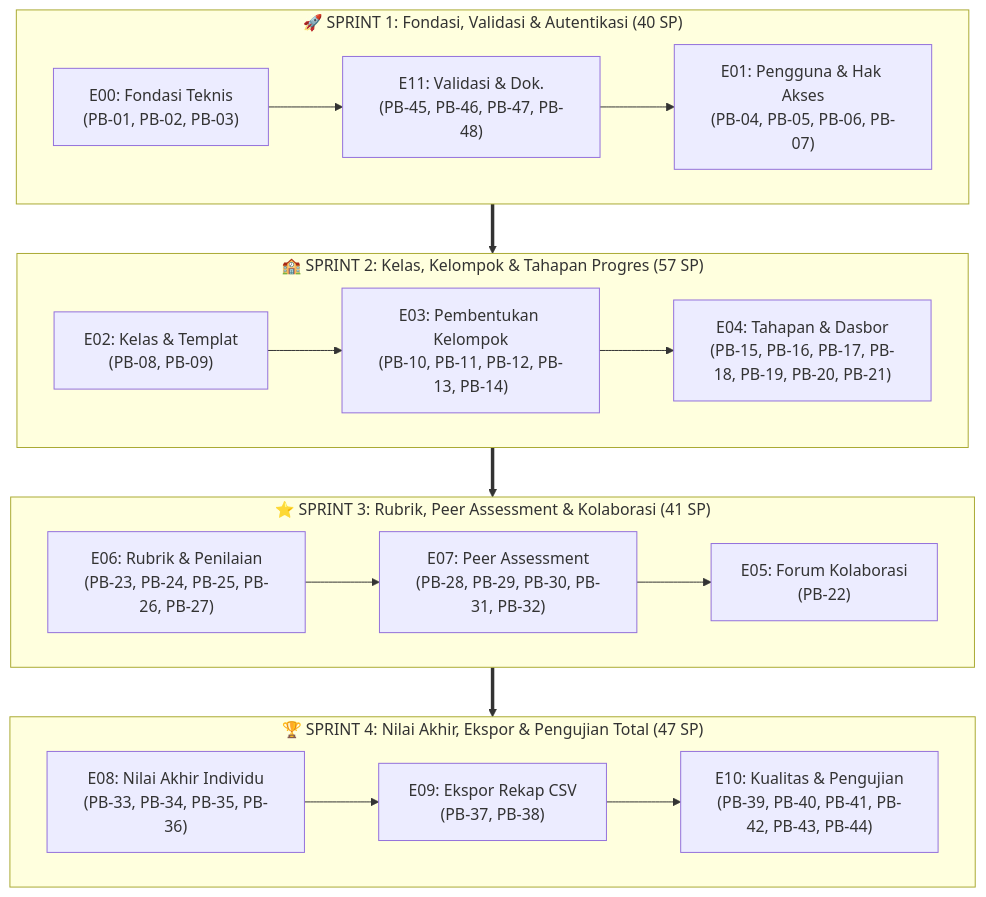
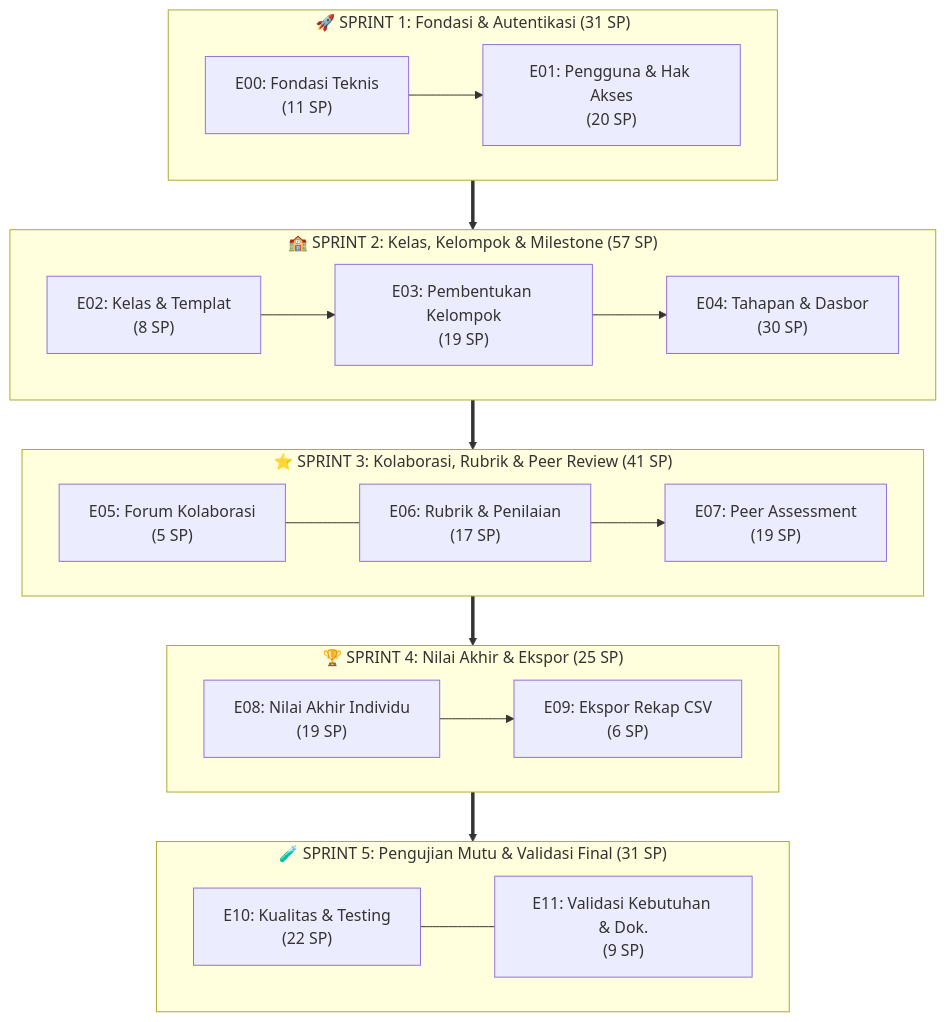
The diagram in docs/Sprint_Plan_LMS_PBL.md (cavryn/Project-Based-LMS), drawn with Mermaid before and after one commit. The commit also changed other lines of this file and 1 other file, not shown here.

Commit message:
docs(sprint): resctructure plan into 5 cohesive sprint (E00 - E11)

````diff
--- a/docs/Sprint_Plan_LMS_PBL.md
+++ b/docs/Sprint_Plan_LMS_PBL.md
@@ -39,36 +34,41 @@
 ```mermaid
 flowchart TD
-    subgraph S1["🚀 SPRINT 1: Fondasi, Validasi & Autentikasi (40 SP)"]
+    subgraph S1["🚀 SPRINT 1: Fondasi & Autentikasi (31 SP)"]
         direction LR
-        E00["E00: Fondasi Teknis\n(PB-01, PB-02, PB-03)"]
-        E11["E11: Validasi & Dok.\n(PB-45, PB-46, PB-47, PB-48)"]
-        E01["E01: Pengguna & Hak Akses\n(PB-04, PB-05, PB-06, PB-07)"]
-        E00 --> E11 --> E01
+        E00["E00: Fondasi Teknis\n(11 SP)"]
+        E01["E01: Pengguna & Hak Akses\n(20 SP)"]
+        E00 --> E01
     end
 
-    subgraph S2["🏫 SPRINT 2: Kelas, Kelompok & Tahapan Progres (57 SP)"]
+    subgraph S2["🏫 SPRINT 2: Kelas, Kelompok & Milestone (57 SP)"]
         direction LR
-        E02["E02: Kelas & Templat\n(PB-08, PB-09)"]
-        E03["E03: Pembentukan Kelompok\n(PB-10, PB-11, PB-12, PB-13, PB-14)"]
-        E04["E04: Tahapan & Dasbor\n(PB-15, PB-16, PB-17, PB-18, PB-19, PB-20, PB-21)"]
+        E02["E02: Kelas & Templat\n(8 SP)"]
+        E03["E03: Pembentukan Kelompok\n(19 SP)"]
+        E04["E04: Tahapan & Dasbor\n(30 SP)"]
         E02 --> E03 --> E04
     end
 
-    subgraph S3["⭐ SPRINT 3: Rubrik, Peer Assessment & Kolaborasi (41 SP)"]
+    subgraph S3["⭐ SPRINT 3: Kolaborasi, Rubrik & Peer Review (41 SP)"]
         direction LR
-        E06["E06: Rubrik & Penilaian\n(PB-23, PB-24, PB-25, PB-26, PB-27)"]
-        E07["E07: Peer Assessment\n(PB-28, PB-29, PB-30, PB-31, PB-32)"]
-        E05["E05: Forum Kolaborasi\n(PB-22)"]
-        E06 --> E07 --> E05
+        E05["E05: Forum Kolaborasi\n(5 SP)"]
+        E06["E06: Rubrik & Penilaian\n(17 SP)"]
+        E07["E07: Peer Assessment\n(19 SP)"]
+        E05 --- E06 --> E07
     end
 
-    subgraph S4["🏆 SPRINT 4: Nilai Akhir, Ekspor & Pengujian Total (47 SP)"]
+    subgraph S4["🏆 SPRINT 4: Nilai Akhir & Ekspor (25 SP)"]
         direction LR
-        E08["E08: Nilai Akhir Individu\n(PB-33, PB-34, PB-35, PB-36)"]
-        E09["E09: Ekspor Rekap CSV\n(PB-37, PB-38)"]
-        E10["E10: Kualitas & Pengujian\n(PB-39, PB-40, PB-41, PB-42, PB-43, PB-44)"]
-        E08 --> E09 --> E10
+        E08["E08: Nilai Akhir Individu\n(19 SP)"]
+        E09["E09: Ekspor Rekap CSV\n(6 SP)"]
+        E08 --> E09
     end
 
-    S1 ==> S2 ==> S3 ==> S4
+    subgraph S5["🧪 SPRINT 5: Pengujian Mutu & Validasi Final (31 SP)"]
+        direction LR
+        E10["E10: Kualitas & Testing\n(22 SP)"]
+        E11["E11: Validasi Kebutuhan & Dok.\n(9 SP)"]
+        E10 --- E11
+    end
+
+    S1 ==> S2 ==> S3 ==> S4 ==> S5
 ```
````
